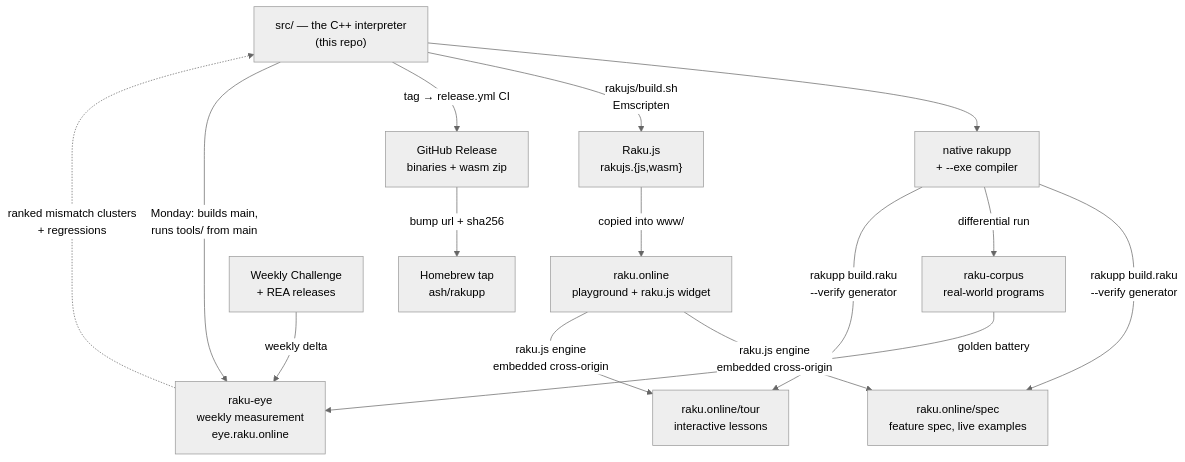
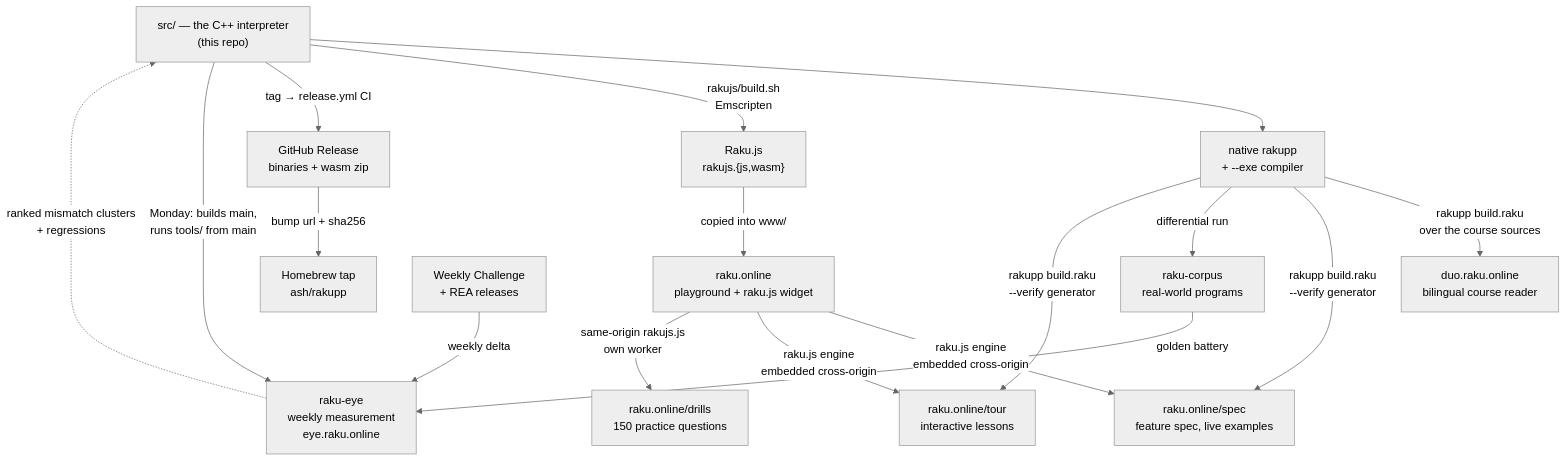
Before and after one commit to ash/rakupp: the diagram in docs/status/ECOSYSTEM.md, drawn with Mermaid (neutral theme). The commit also changed other lines of this file, not shown here.

First line of the commit message:
The map gains the drills and duo — the two surfaces it never named

````diff
--- a/docs/status/ECOSYSTEM.md
+++ b/docs/status/ECOSYSTEM.md
@@ -34,29 +36,33 @@
 ```mermaid
 graph TD
     SRC["src/ — the C++ interpreter<br/>(this repo)"]
     NATIVE["native rakupp<br/>+ --exe compiler"]
     WASM["Raku.js<br/>rakujs.{js,wasm}"]
     ONLINE["raku.online<br/>playground + raku.js widget"]
     SPEC["raku.online/spec<br/>feature spec, live examples"]
     TOUR["raku.online/tour<br/>interactive lessons"]
+    DRILLS["raku.online/drills<br/>150 practice questions"]
+    DUO["duo.raku.online<br/>bilingual course reader"]
     CORPUS["raku-corpus<br/>real-world programs"]
     EYE["raku-eye<br/>weekly measurement<br/>eye.raku.online"]
     PWC["Weekly Challenge<br/>+ REA releases"]
     BREW["Homebrew tap<br/>ash/rakupp"]
     REL["GitHub Release<br/>binaries + wasm zip"]
 
     SRC --> NATIVE
     SRC -->|rakujs/build.sh<br/>Emscripten| WASM
     WASM -->|copied into www/| ONLINE
     ONLINE -->|raku.js engine<br/>embedded cross-origin| SPEC
     ONLINE -->|raku.js engine<br/>embedded cross-origin| TOUR
+    ONLINE -->|same-origin rakujs.js<br/>own worker| DRILLS
+    NATIVE -->|rakupp build.raku<br/>over the course sources| DUO
     NATIVE -->|rakupp build.raku<br/>--verify generator| SPEC
     NATIVE -->|differential run| CORPUS
     SRC -->|tag → release.yml CI| REL
     NATIVE -->|rakupp build.raku<br/>--verify generator| TOUR
     REL -->|bump url + sha256| BREW
     SRC -->|Monday: builds main,<br/>runs tools/ from main| EYE
     CORPUS -->|golden battery| EYE
     PWC -->|weekly delta| EYE
     EYE -.->|ranked mismatch clusters<br/>+ regressions| SRC
 ```
````
